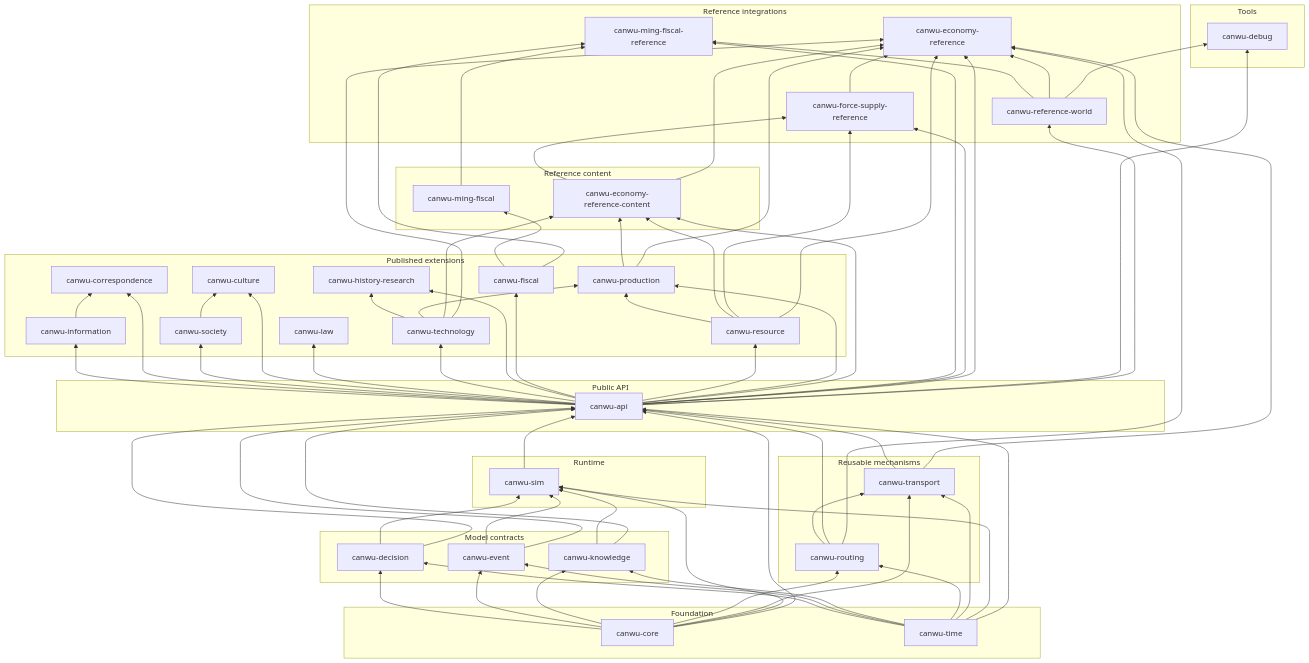
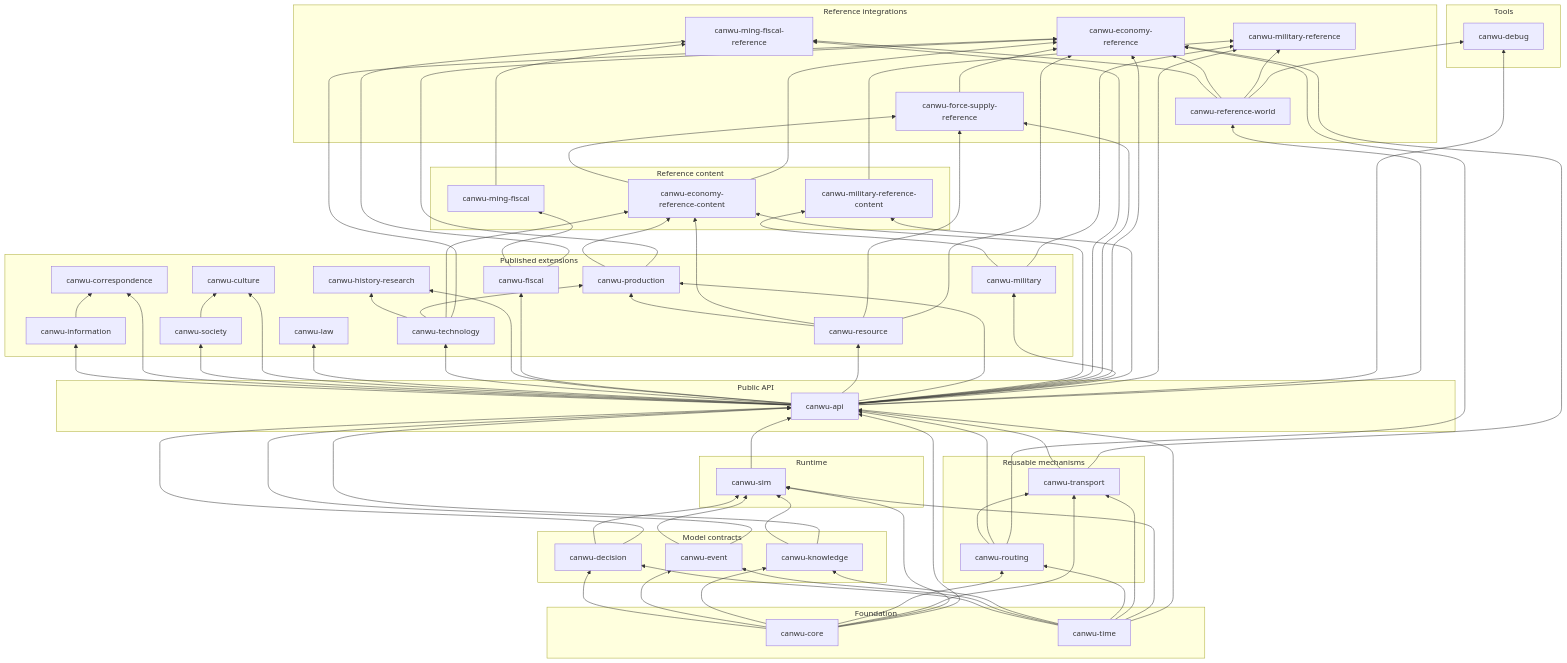
The diagram in crates/README.md (PeiyuanQi/canwu), drawn with Mermaid before and after one commit. The commit also changed other lines of this file and 143 other files, not shown here.

```diff
--- a/crates/README.md
+++ b/crates/README.md
@@ -36,11 +36,14 @@
     fiscal["canwu-fiscal"]
     resource["canwu-resource"]
     production["canwu-production"]
+    military["canwu-military"]
     ming_fiscal["canwu-ming-fiscal"]
     economy_content["canwu-economy-reference-content"]
+    military_content["canwu-military-reference-content"]
     ming_reference["canwu-ming-fiscal-reference"]
     force_supply["canwu-force-supply-reference"]
     economy_reference["canwu-economy-reference"]
+    military_reference["canwu-military-reference"]
     debug["canwu-debug"]
 
     subgraph tools["Tools"]
@@ -51,10 +54,12 @@
         ming_reference
         force_supply
         economy_reference
+        military_reference
     end
     subgraph reference_content["Reference content"]
         ming_fiscal
         economy_content
+        military_content
     end
     subgraph extensions["Published extensions"]
         information
@@ -67,6 +72,7 @@
         fiscal
         resource
         production
+        military
     end
     subgraph PublicApi["Public API"]
         api
@@ -152,6 +158,13 @@
     transport --> economy_reference
     technology --> economy_reference
     reference_world --> economy_reference
+    api --> military
+    api --> military_content
+    military --> military_content
+    api --> military_reference
+    military --> military_reference
+    military_content --> military_reference
+    reference_world --> military_reference
     api --> debug
     api --> reference_world
     reference_world --> debug
```
